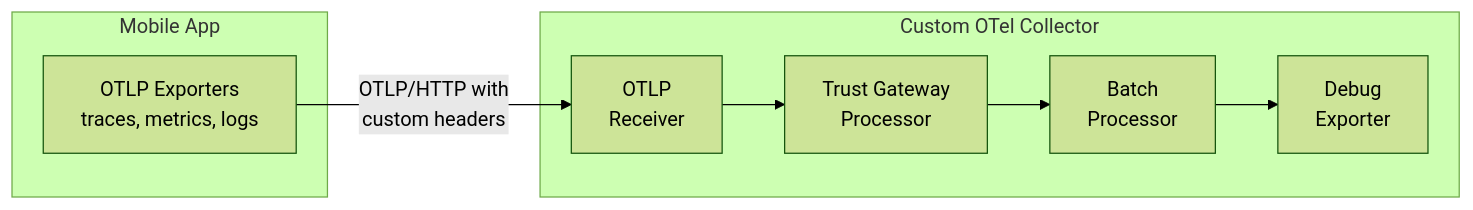
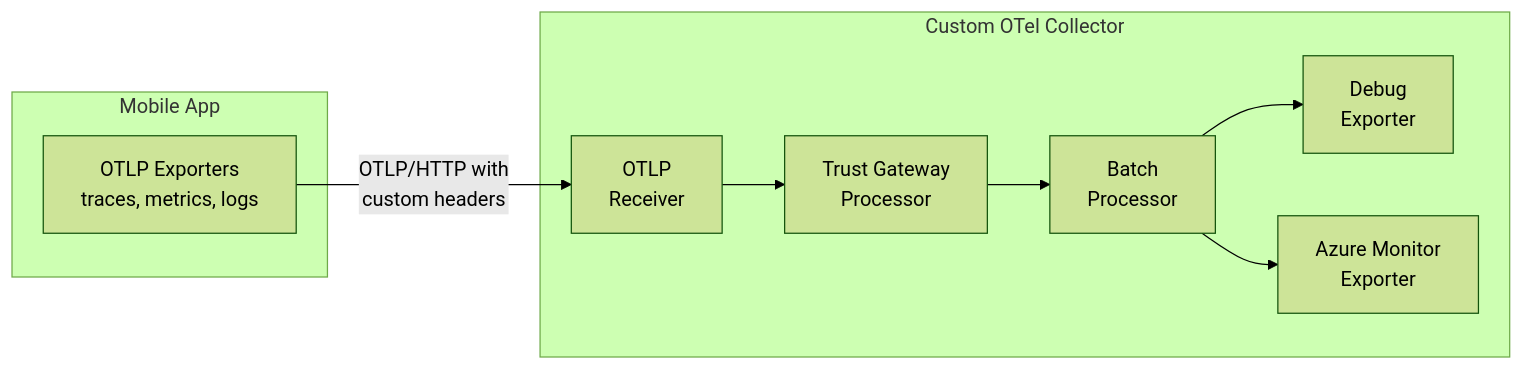
The diagram in README.md (fedeoliv/otel-trust-gateway), drawn with Mermaid (forest theme) before and after one commit. The commit also changed other lines of this file, not shown here.

Commit message:
docs: architecture diagram updated

````diff
--- a/README.md
+++ b/README.md
@@ -31,19 +31,21 @@
 ```mermaid
 graph LR
     subgraph A[Mobile App]
         A1[OTLP Exporters<br/>traces, metrics, logs]
     end
-    
+
     A1 -->|OTLP/HTTP with<br/>custom headers| C
-    
+
     subgraph B[Custom OTel Collector]
         C[OTLP <br/>Receiver]
         D[Trust Gateway<br/> Processor]
         E[Batch <br/>Processor]
         F[Debug <br/>Exporter]
-        
+        G[Azure Monitor<br/>Exporter]
+
         C --> D
         D --> E
         E --> F
+        E --> G
     end
 ```
````
